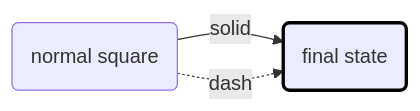
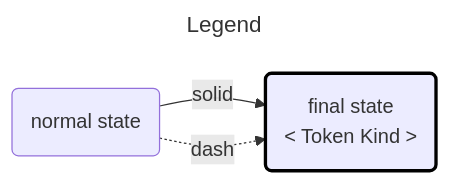
One commit to 8ttyan/home-made-shell changed the second of 2 diagrams in README.md. Above: the diagram before and after it, drawn with Mermaid. The commit also changed other lines of this file, not shown here.

````diff
--- a/README.md
+++ b/README.md
@@ -75,8 +94,11 @@
 ```mermaid
+---
+title: Legend
+---
 flowchart LR
 classDef final stroke-width:2pt, stroke:black;
-	id1(normal square)
-	id2(final state):::final
+	id1(normal state)
+	id2(final state\n< Token Kind >):::final
 	id1 -- solid --> id2
 	id1 -. dash  .-> id2
 ```
````
